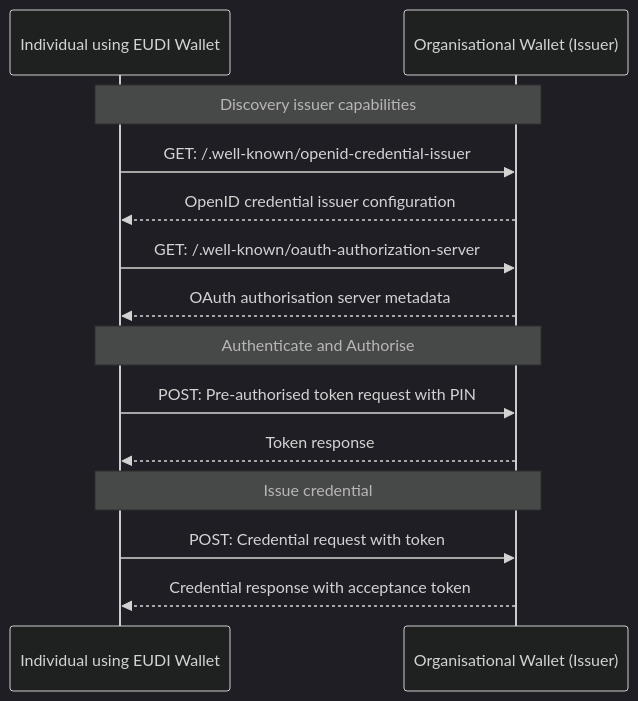
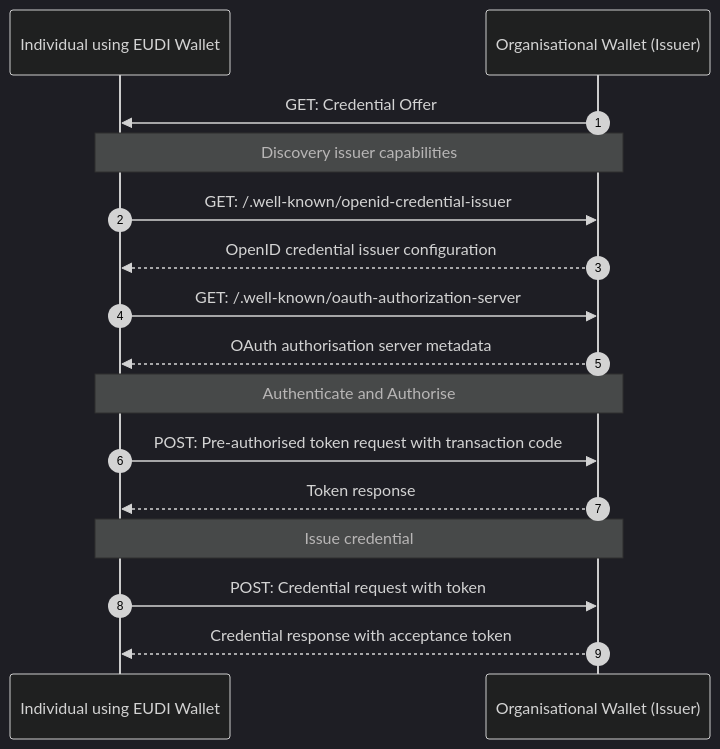
The second of 2 diagrams in ewc-rfc001-issue-verifiable-credential.md (EWC-consortium/eudi-wallet-rfcs), drawn with Mermaid (dark theme) before and after one commit. The commit also changed other lines of this file, not shown here.

Commit message:
Fix: Remove  parameter from authorisation request examples

````diff
--- a/ewc-rfc001-issue-verifiable-credential.md
+++ b/ewc-rfc001-issue-verifiable-credential.md
@@ -89,19 +91,22 @@
 ```mermaid
-  sequenceDiagram
-      participant I as Individual using EUDI Wallet
-      participant O as Organisational Wallet (Issuer)
-      
-      Note over I,O: Discovery issuer capabilities
-      I->>O: GET: /.well-known/openid-credential-issuer
-      O-->>I: OpenID credential issuer configuration
-      I->>O: GET: /.well-known/oauth-authorization-server
-      O-->>I: OAuth authorisation server metadata
+sequenceDiagram
+    autonumber
+    participant I as Individual using EUDI Wallet
+    participant O as Organisational Wallet (Issuer)
 
-      Note over I,O: Authenticate and Authorise
-      I->>O: POST: Pre-authorised token request with PIN
-      O-->>I: Token response
+    O->>I: GET: Credential Offer
+    
+    Note over I,O: Discovery issuer capabilities
+    I->>O: GET: /.well-known/openid-credential-issuer
+    O-->>I: OpenID credential issuer configuration
+    I->>O: GET: /.well-known/oauth-authorization-server
+    O-->>I: OAuth authorisation server metadata
 
-      Note over I,O: Issue credential
-      I->>O: POST: Credential request with token
-      O-->>I: Credential response with acceptance token
+    Note over I,O: Authenticate and Authorise
+    I->>O: POST: Pre-authorised token request with transaction code
+    O-->>I: Token response
+
+    Note over I,O: Issue credential
+    I->>O: POST: Credential request with token
+    O-->>I: Credential response with acceptance token
 ```
````
